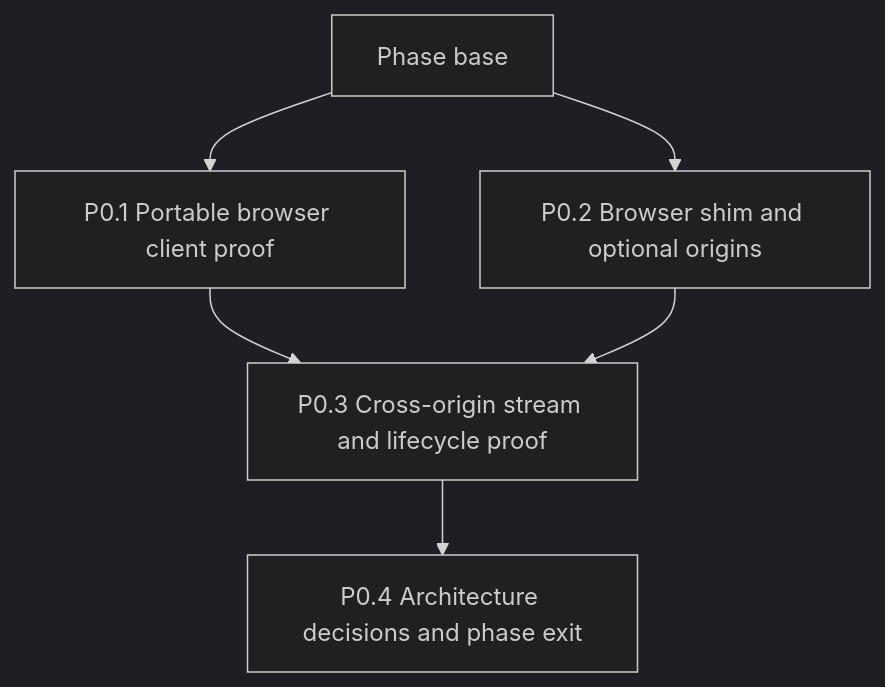
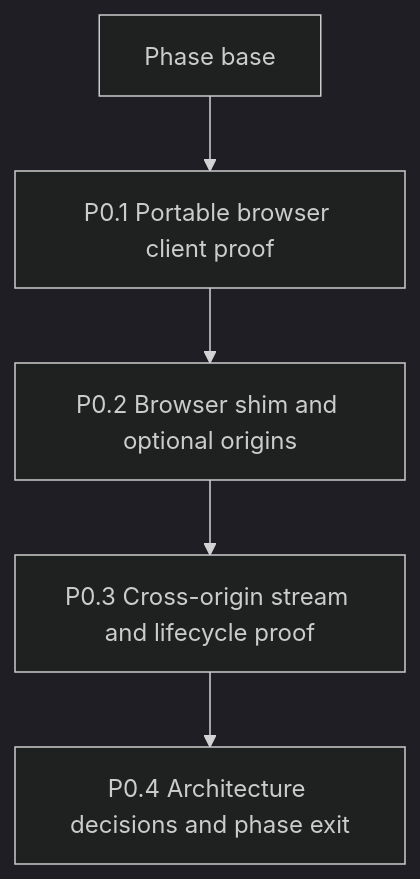
Before and after one commit to whizzzkid/point-and-shoot: the diagram in docs/plans/A2A-client/phase-0-prove-the-platform.md, drawn with Mermaid (dark theme). The commit also changed other lines of this file and 2 other files, not shown here.

````diff
--- a/docs/plans/A2A-client/phase-0-prove-the-platform.md
+++ b/docs/plans/A2A-client/phase-0-prove-the-platform.md
@@ -50,11 +61,10 @@
 ```mermaid
 flowchart TD
   Base["Phase base"]
   P01["P0.1 Portable browser client proof"]
   P02["P0.2 Browser shim and optional origins"]
   P03["P0.3 Cross-origin stream and lifecycle proof"]
   P04["P0.4 Architecture decisions and phase exit"]
 
-  Base --> P01 --> P03 --> P04
-  Base --> P02 --> P03
+  Base --> P01 --> P02 --> P03 --> P04
 ```
````
